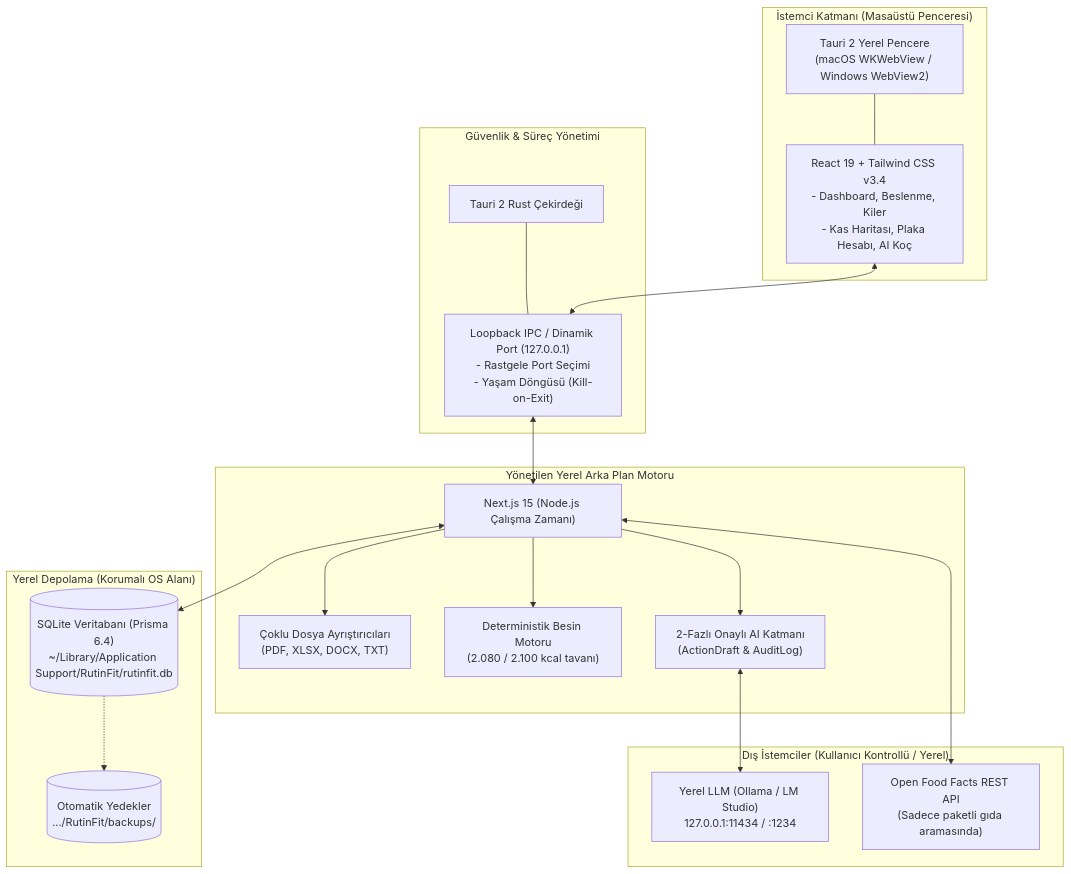
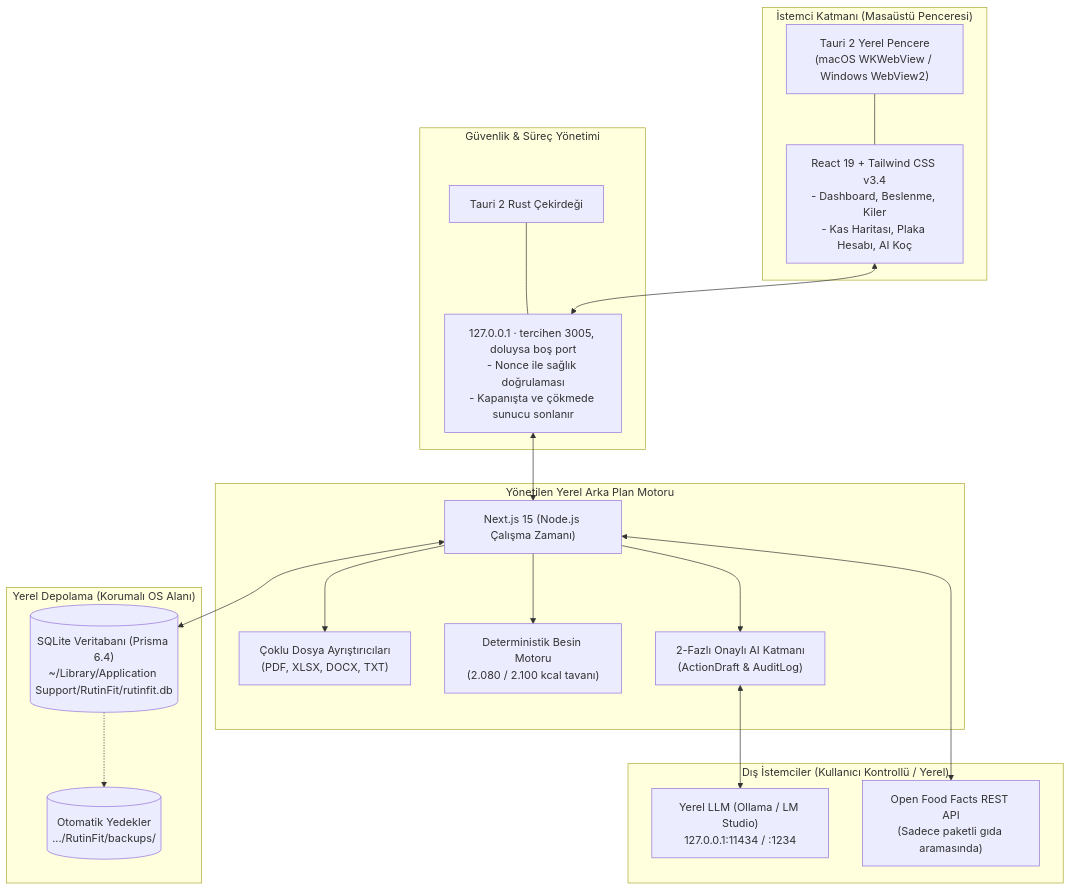
The diagram in docs/ARCHITECTURE_AND_TECH_STACK.md (memirutku/rutinfit), drawn with Mermaid before and after one commit. The commit also changed 20 other files, not shown here.

````diff
--- a/docs/ARCHITECTURE_AND_TECH_STACK.md
+++ b/docs/ARCHITECTURE_AND_TECH_STACK.md
@@ -15,41 +15,41 @@
 ```mermaid
 flowchart TD
     subgraph Client ["İstemci Katmanı (Masaüstü Penceresi)"]
         Window["Tauri 2 Yerel Pencere\n(macOS WKWebView / Windows WebView2)"]
         UIComponents["React 19 + Tailwind CSS v3.4\n- Dashboard, Beslenme, Kiler\n- Kas Haritası, Plaka Hesabı, AI Koç"]
         Window --- UIComponents
     end
 
     subgraph Security ["Güvenlik & Süreç Yönetimi"]
         RustCore["Tauri 2 Rust Çekirdeği"]
-        LoopbackIPC["Loopback IPC / Dinamik Port (127.0.0.1)\n- Rastgele Port Seçimi\n- Yaşam Döngüsü (Kill-on-Exit)"]
+        LoopbackIPC["127.0.0.1 · tercihen 3005, doluysa boş port\n- Nonce ile sağlık doğrulaması\n- Kapanışta ve çökmede sunucu sonlanır"]
         RustCore --- LoopbackIPC
     end
 
     subgraph ServerEngine ["Yönetilen Yerel Arka Plan Motoru"]
         NextEngine["Next.js 15 (Node.js Çalışma Zamanı)"]
         Parsers["Çoklu Dosya Ayrıştırıcıları\n(PDF, XLSX, DOCX, TXT)"]
         NutriEngine["Deterministik Besin Motoru\n(2.080 / 2.100 kcal tavanı)"]
         AIEngine["2-Fazlı Onaylı AI Katmanı\n(ActionDraft & AuditLog)"]
         NextEngine --> Parsers
         NextEngine --> NutriEngine
         NextEngine --> AIEngine
     end
 
     subgraph DataLayer ["Yerel Depolama (Korumalı OS Alanı)"]
         SQLiteDB[("SQLite Veritabanı (Prisma 6.4)\n~/Library/Application Support/RutinFit/rutinfit.db")]
         Backups[("Otomatik Yedekler\n.../RutinFit/backups/")]
     end
 
     subgraph External ["Dış İstemciler (Kullanıcı Kontrollü / Yerel)"]
         LocalAI["Yerel LLM (Ollama / LM Studio)\n127.0.0.1:11434 / :1234"]
         OFFAPI["Open Food Facts REST API\n(Sadece paketli gıda aramasında)"]
     end
 
     UIComponents <--> LoopbackIPC
     LoopbackIPC <--> NextEngine
     NextEngine <--> SQLiteDB
     SQLiteDB -.-> Backups
     AIEngine <--> LocalAI
     NextEngine <--> OFFAPI
 ```
````
